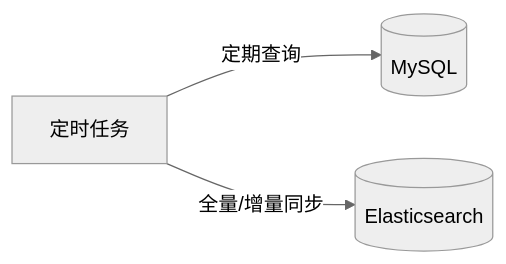
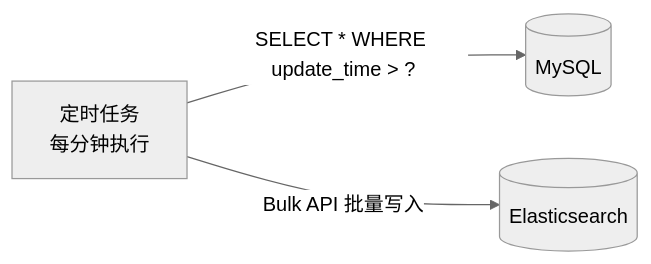
One commit to b1tzer/b1tzer.github.io changed the sixth of 7 diagrams in docs/07-elasticsearch/08-数据一致性.md. Above: the diagram before and after it, drawn with Mermaid (neutral theme). The commit also changed other lines of this file and 4 other files, not shown here.

````diff
--- a/docs/07-elasticsearch/08-数据一致性.md
+++ b/docs/07-elasticsearch/08-数据一致性.md
@@ -38,5 +244,5 @@
 ```mermaid
 flowchart LR
-    Task[定时任务] -->|定期查询| MySQL[(MySQL)]
-    Task -->|全量/增量同步| ES[(Elasticsearch)]
+    Task[定时任务<br>每分钟执行] -->|"SELECT * WHERE update_time > ?"| MySQL[(MySQL)]
+    Task -->|"Bulk API 批量写入"| ES[(Elasticsearch)]
 ```
````
